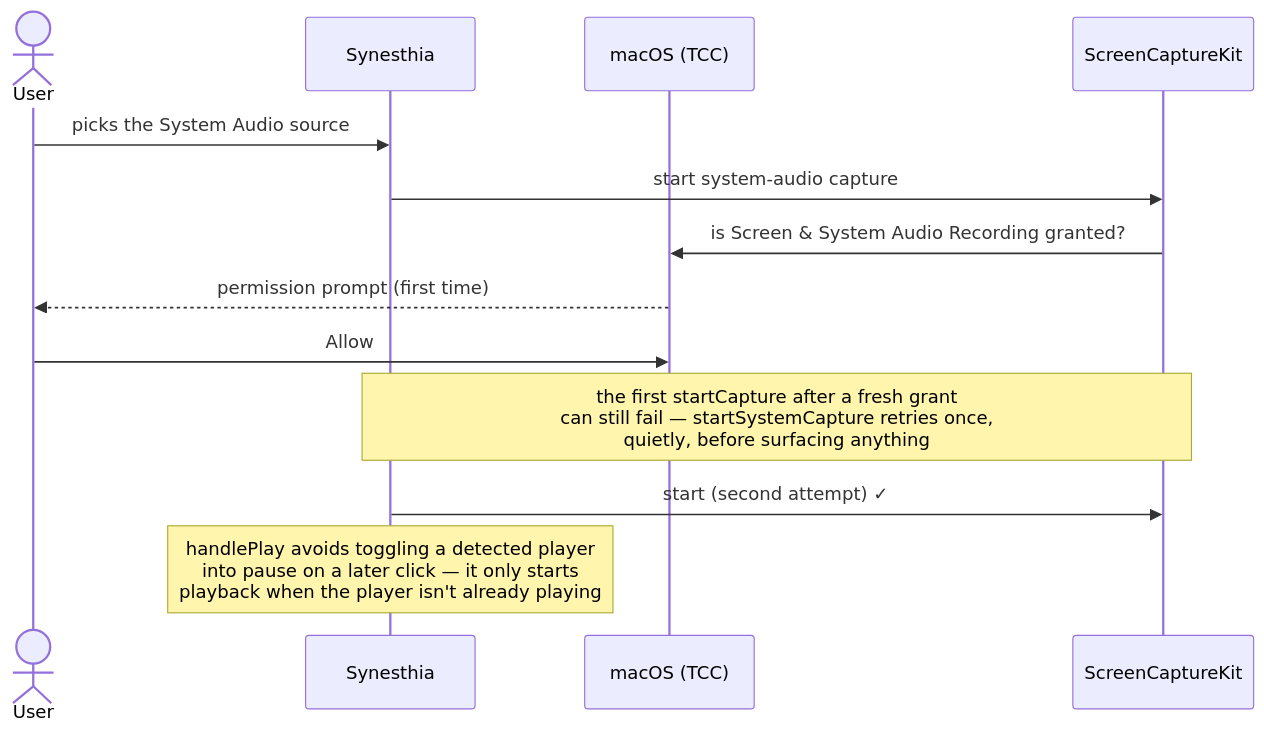
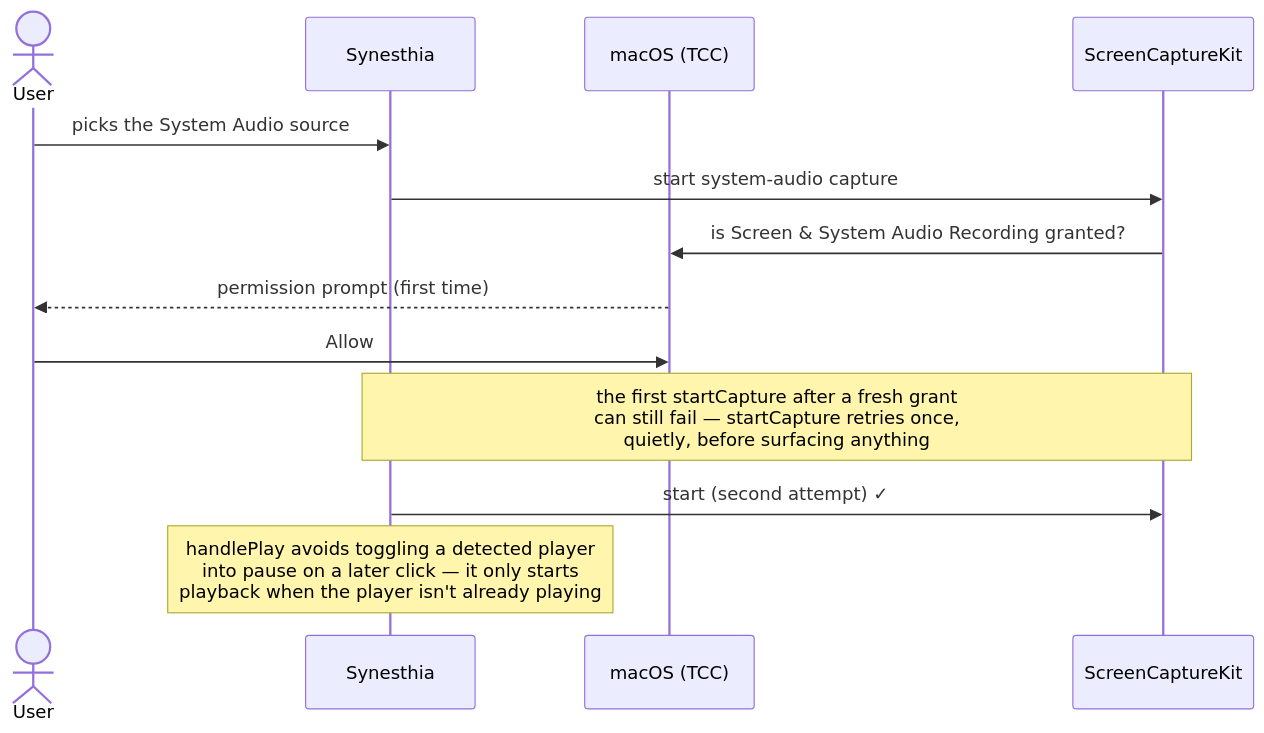
Before and after one commit to jonjaques/synesthia: the first of 2 diagrams in docs/macos-integration.md, drawn with Mermaid. The commit also changed 23 other files, not shown here.

````diff
--- a/docs/macos-integration.md
+++ b/docs/macos-integration.md
@@ -29,16 +29,16 @@
 ```mermaid
 sequenceDiagram
     actor U as User
     participant App as Synesthia
     participant TCC as macOS (TCC)
     participant SCK as ScreenCaptureKit
 
     U->>App: picks the System Audio source
     App->>SCK: start system-audio capture
     SCK->>TCC: is Screen & System Audio Recording granted?
     TCC-->>U: permission prompt (first time)
     U->>TCC: Allow
-    Note over App,SCK: the first startCapture after a fresh grant<br>can still fail — startSystemCapture retries once,<br>quietly, before surfacing anything
+    Note over App,SCK: the first startCapture after a fresh grant<br>can still fail — startCapture retries once,<br>quietly, before surfacing anything
     App->>SCK: start (second attempt) ✓
     Note over App: handlePlay avoids toggling a detected player<br>into pause on a later click — it only starts<br>playback when the player isn't already playing
 ```
````
